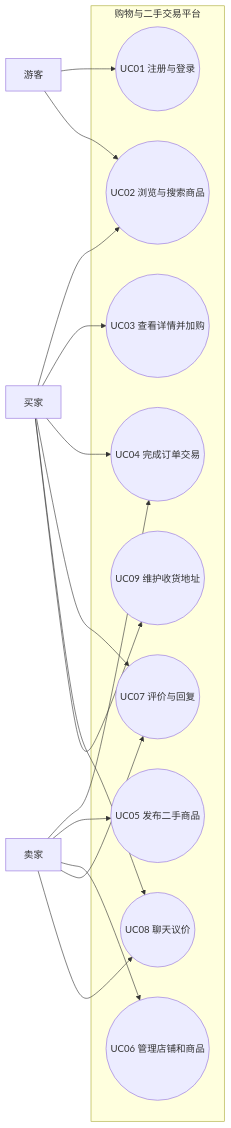
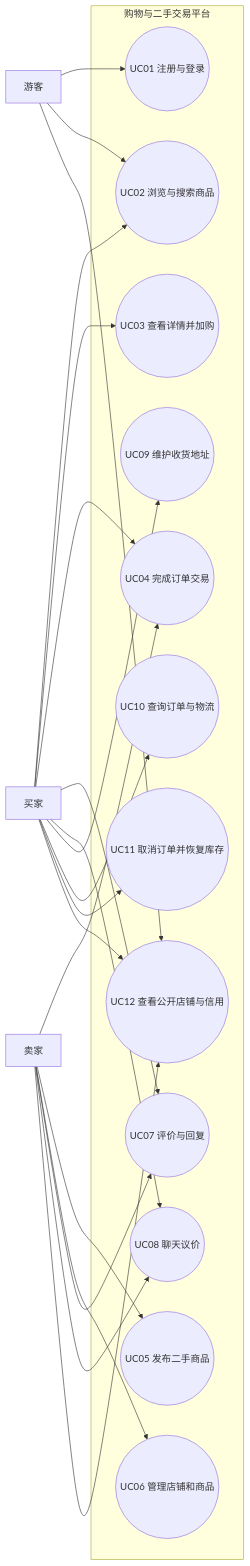
Before and after one commit to tchen-0213/softw: the diagram in 02_docs/models/01-REQ-USECASE.mmd, drawn with Mermaid. The commit also changed 36 other files, not shown here.

```diff
--- a/02_docs/models/01-REQ-USECASE.mmd
+++ b/02_docs/models/01-REQ-USECASE.mmd
@@ -1,28 +1,36 @@
 flowchart LR
   Guest[游客]
   Buyer[买家]
   Seller[卖家]
   subgraph Platform[购物与二手交易平台]
     UC01((UC01 注册与登录))
     UC02((UC02 浏览与搜索商品))
     UC03((UC03 查看详情并加购))
     UC04((UC04 完成订单交易))
     UC05((UC05 发布二手商品))
     UC06((UC06 管理店铺和商品))
     UC07((UC07 评价与回复))
     UC08((UC08 聊天议价))
     UC09((UC09 维护收货地址))
+    UC10((UC10 查询订单与物流))
+    UC11((UC11 取消订单并恢复库存))
+    UC12((UC12 查看公开店铺与信用))
   end
   Guest --> UC01
   Guest --> UC02
   Buyer --> UC02
   Buyer --> UC03
   Buyer --> UC04
   Buyer --> UC07
   Buyer --> UC08
   Buyer --> UC09
+  Buyer --> UC10
+  Buyer --> UC11
+  Guest --> UC12
+  Buyer --> UC12
   Seller --> UC04
   Seller --> UC05
   Seller --> UC06
   Seller --> UC07
   Seller --> UC08
+  Seller --> UC12
```
